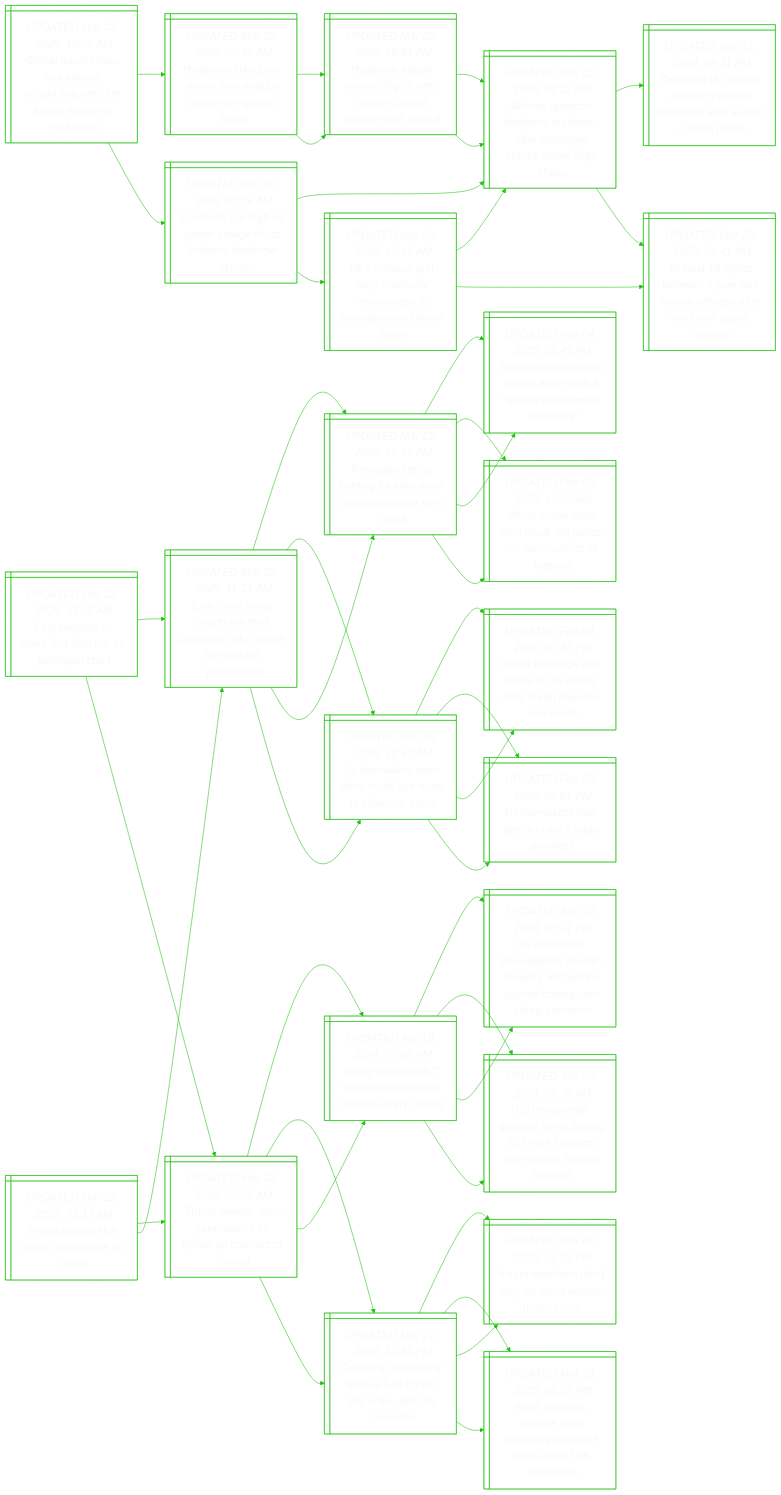
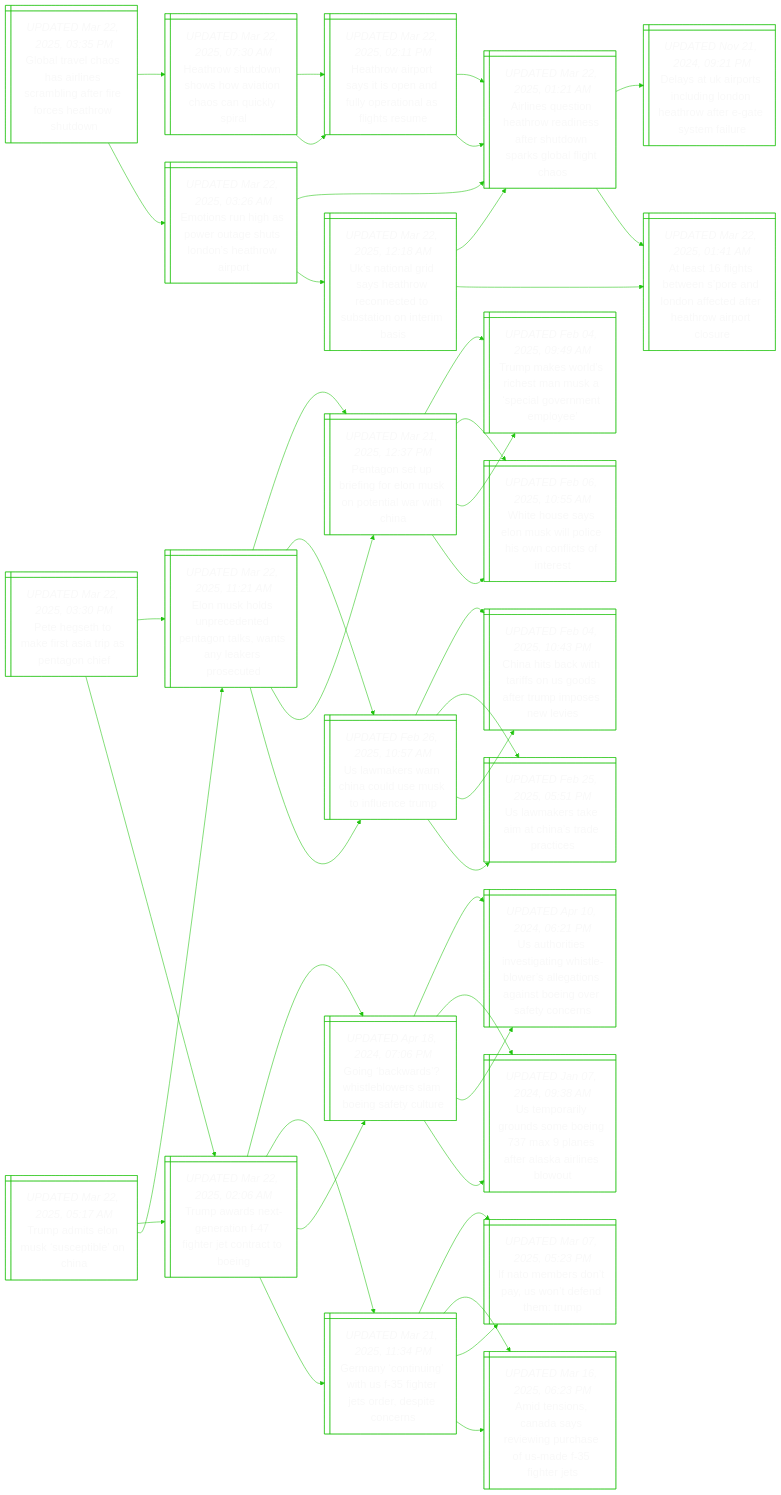
One commit to notJmes/notJmes changed the diagram in README.md. Above: the diagram before and after it, drawn with Mermaid. The commit also changed other lines of this file, not shown here.

```diff
--- a/README.md
+++ b/README.md
@@ -16,16 +16,16 @@
 flowchart LR
 classDef txtsize font-size:20px;
 
-Gleoanritrcawd@{ shape: win-pane, label: "_UPDATED Mar 22, 2025, 10:00 AM_
+Gleoanritrcawd@{ shape: win-pane, label: "_UPDATED Mar 22, 2025, 03:35 PM_
 Global travel chaos has airlines scrambling after fire forces heathrow shutdown" }
 Hrunsvooqlr@{ shape: win-pane, label: "_UPDATED Mar 22, 2025, 07:30 AM_
 Heathrow shutdown shows how aviation chaos can quickly spiral" }
-Hrrrriacrsorti@{ shape: win-pane, label: "_UPDATED Mar 22, 2025, 09:54 AM_
-Heathrow airport restarts flights after closure causes global travel turmoil" }
+Hrrstefotlire@{ shape: win-pane, label: "_UPDATED Mar 22, 2025, 02:11 PM_
+Heathrow airport says it is open and fully operational as flights resume" }
 Anenheetunkbih@{ shape: win-pane, label: "_UPDATED Mar 22, 2025, 01:21 AM_
 Airlines question heathrow readiness after shutdown sparks global flight chaos" }
-Hrrrriacrsorti@{ shape: win-pane, label: "_UPDATED Mar 22, 2025, 09:54 AM_
-Heathrow airport restarts flights after closure causes global travel turmoil" }
+Hrrstefotlire@{ shape: win-pane, label: "_UPDATED Mar 22, 2025, 02:11 PM_
+Heathrow airport says it is open and fully operational as flights resume" }
 Anenheetunkbih@{ shape: win-pane, label: "_UPDATED Mar 22, 2025, 01:21 AM_
 Airlines question heathrow readiness after shutdown sparks global flight chaos" }
 EonaeaunHrr@{ shape: win-pane, label: "_UPDATED Mar 22, 2025, 03:26 AM_
@@ -44,10 +44,10 @@
 At least 16 flights between s’pore and london affected after heathrow airport closure" }
 
 Gleoanritrcawd:::txtsize --> Hrunsvooqlr:::txtsize
-Hrunsvooqlr:::txtsize --> Hrrrriacrsorti:::txtsize
-Hrrrriacrsorti:::txtsize --> Anenheetunkbih:::txtsize
-Hrunsvooqlr:::txtsize --> Hrrrriacrsorti:::txtsize
-Hrrrriacrsorti:::txtsize --> Anenheetunkbih:::txtsize
+Hrunsvooqlr:::txtsize --> Hrrstefotlire:::txtsize
+Hrrstefotlire:::txtsize --> Anenheetunkbih:::txtsize
+Hrunsvooqlr:::txtsize --> Hrrstefotlire:::txtsize
+Hrrstefotlire:::txtsize --> Anenheetunkbih:::txtsize
 Gleoanritrcawd:::txtsize --> EonaeaunHrr:::txtsize
 EonaeaunHrr:::txtsize --> Anenheetunkbih:::txtsize
 Anenheetunkbih:::txtsize --> Dsarcndawreel:::txtsize
@@ -56,7 +56,7 @@
 Utlseootsaoea:::txtsize --> Anenheetunkbih:::txtsize
 Utlseootsaoea:::txtsize --> Asgeneoattawoo:::txtsize
 
-Pehksaatc@{ shape: win-pane, label: "_UPDATED Mar 22, 2025, 03:58 AM_
+Pehksaatc@{ shape: win-pane, label: "_UPDATED Mar 22, 2025, 03:30 PM_
 Pete hegseth to make first asia trip as pentagon chief" }
 Eulpddaaankru@{ shape: win-pane, label: "_UPDATED Mar 22, 2025, 11:21 AM_
 Elon musk holds unprecedented pentagon talks, wants any leakers prosecuted" }
```
